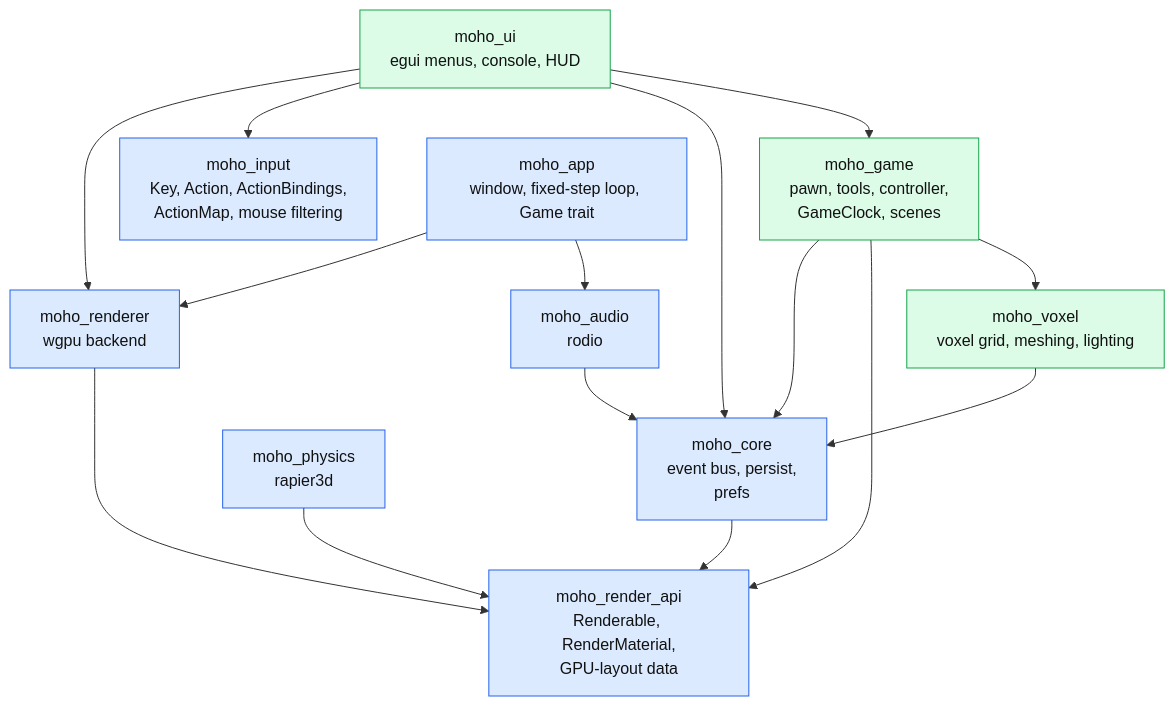
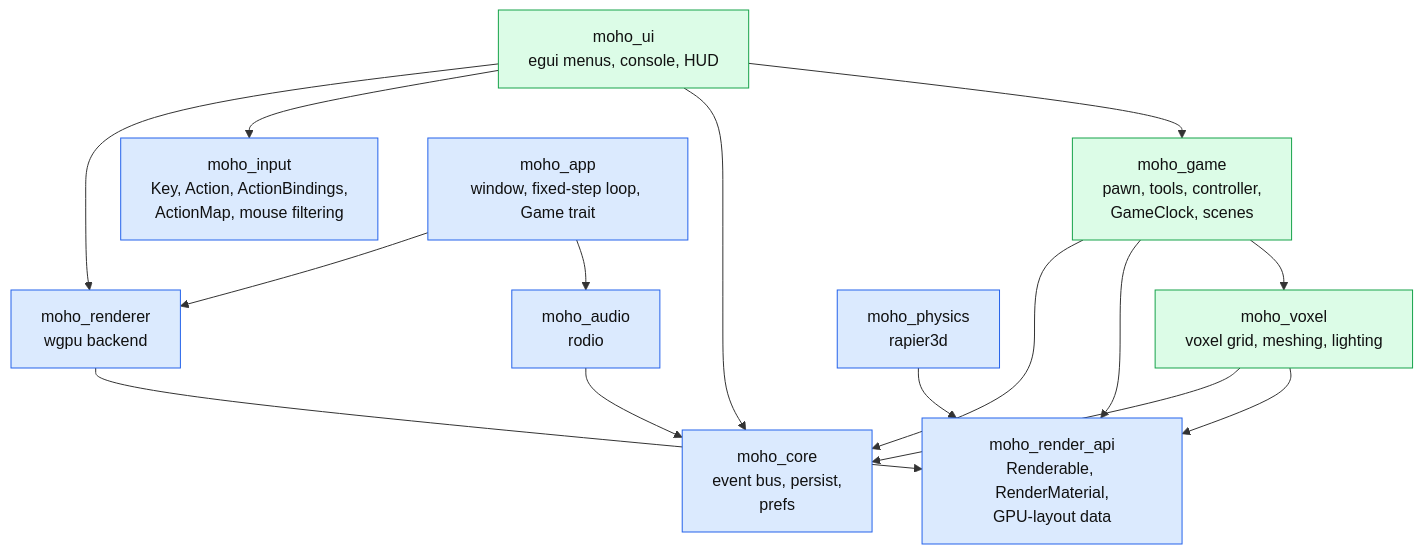
The first of 3 diagrams in wiki/architecture/overview.md (WrackedFella/moho), drawn with Mermaid before and after one commit.

Commit message:
docs(voxel): current crate graph shows moho_voxel, not moho_core, reaching moho_render_api
Refs #141

Claude-Session: https://claude.ai/code/session_01SSxvW6YtgAe3ZTJ8sPScSP

````diff
--- a/wiki/architecture/overview.md
+++ b/wiki/architecture/overview.md
@@ -17,26 +17,25 @@
 ```mermaid
 flowchart TD
     ui["moho_ui<br/>egui menus, console, HUD"]:::strategy
     game["moho_game<br/>pawn, tools, controller,<br/>GameClock, scenes"]:::strategy
     voxel["moho_voxel<br/>voxel grid, meshing, lighting"]:::strategy
 
     renderer["moho_renderer<br/>wgpu backend"]:::engine
     rapi["moho_render_api<br/>Renderable, RenderMaterial,<br/>GPU-layout data"]:::engine
     core["moho_core<br/>event bus, persist,<br/>prefs"]:::engine
     audio["moho_audio<br/>rodio"]:::engine
     physics["moho_physics<br/>rapier3d"]:::engine
     input["moho_input<br/>Key, Action, ActionBindings,<br/>ActionMap, mouse filtering"]:::engine
     app["moho_app<br/>window, fixed-step loop, Game trait"]:::engine
 
     ui --> renderer & input & core & game
     game --> core & rapi & voxel
-    voxel --> core
+    voxel --> core & rapi
     renderer --> rapi
     app --> renderer & audio
     audio --> core
     physics --> rapi
-    core --> rapi
 
     classDef engine fill:#dbeafe,stroke:#2563eb,color:#111
     classDef strategy fill:#dcfce7,stroke:#16a34a,color:#111
 ```
````
